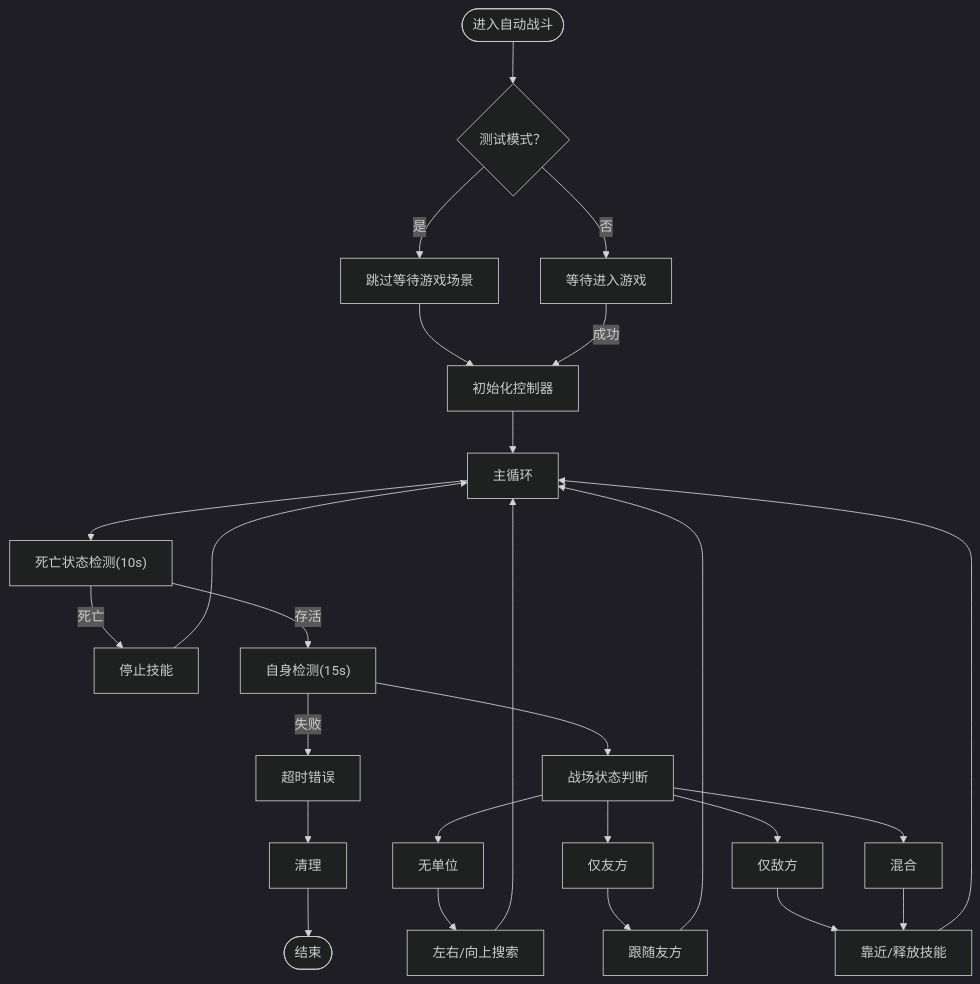
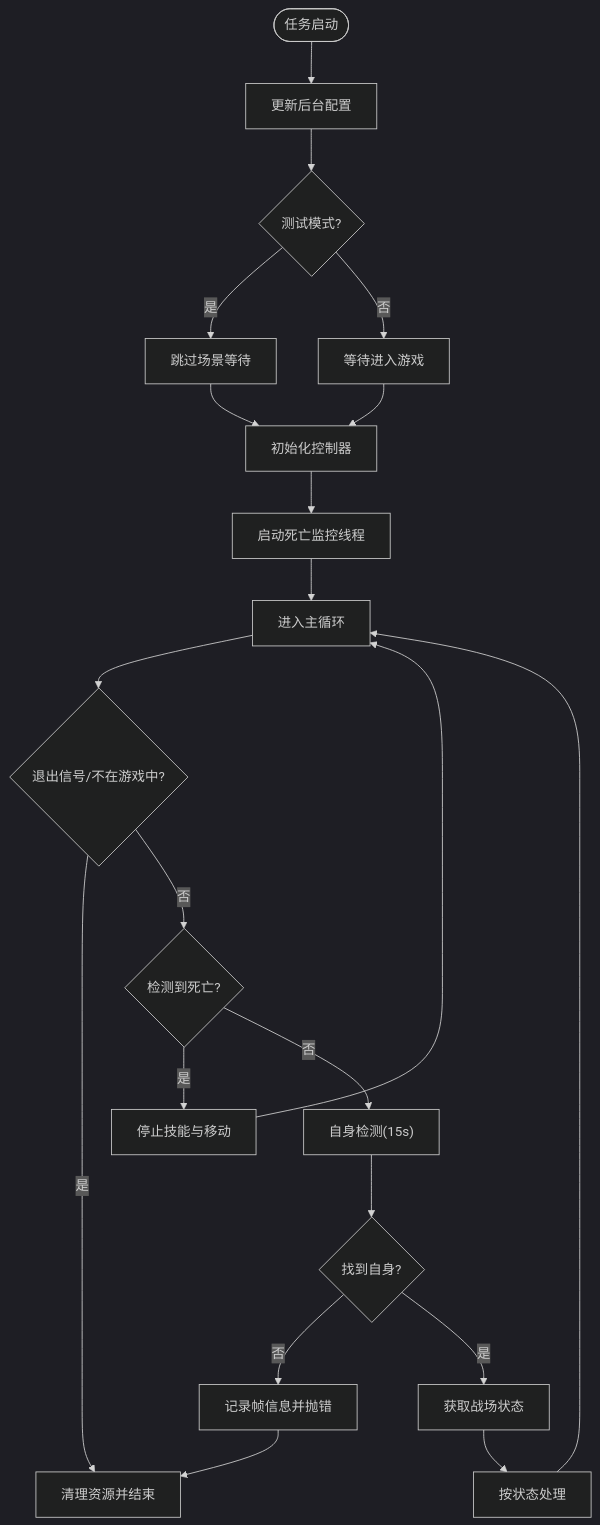
The fourth of 6 diagrams in .qoder/repowiki/zh/content/快速开始.md (xsy098-max/ok-jump), drawn with Mermaid (dark theme) before and after one commit. The commit also changed other lines of this file and 82 other files, not shown here.

First line of the commit message:
更新: 添加自动教程模块、清理截图文件、更新配置

````diff
--- a/.qoder/repowiki/zh/content/快速开始.md
+++ b/.qoder/repowiki/zh/content/快速开始.md
@@ -209,22 +184,21 @@
 ```mermaid
 flowchart TD
-Enter(["进入自动战斗"]) --> TestMode{"测试模式？"}
-TestMode --> |是| SkipWait["跳过等待游戏场景"]
-TestMode --> |否| WaitForGame["等待进入游戏"]
-SkipWait --> InitCtrls["初始化控制器"]
-WaitForGame --> |成功| InitCtrls
-InitCtrls --> Loop["主循环"]
-Loop --> DeathCheck["死亡状态检测(10s)"]
-DeathCheck --> |死亡| StopSkills["停止技能"] --> Loop
-DeathCheck --> |存活| SelfCheck["自身检测(15s)"]
-SelfCheck --> |失败| Error["超时错误"] --> Cleanup["清理"]
-SelfCheck --> State["战场状态判断"]
-State --> NoUnits["无单位"] --> Search["左右/向上搜索"]
-State --> AlliesOnly["仅友方"] --> Follow["跟随友方"]
-State --> EnemiesOnly["仅敌方"] --> Engage["靠近/释放技能"]
-State --> Mixed["混合"] --> Engage
-Search --> Loop
-Follow --> Loop
-Engage --> Loop
-Cleanup --> Exit(["结束"])
+Start(["任务启动"]) --> InitBG["更新后台配置"]
+InitBG --> TestMode{"测试模式?"}
+TestMode --> |是| SkipWait["跳过场景等待"]
+TestMode --> |否| WaitGame["等待进入游戏"]
+WaitGame --> InitCtrls["初始化控制器"]
+SkipWait --> InitCtrls
+InitCtrls --> DeathMon["启动死亡监控线程"]
+DeathMon --> Loop["进入主循环"]
+Loop --> Exit{"退出信号/不在游戏中?"}
+Exit --> |是| Cleanup["清理资源并结束"]
+Exit --> |否| CheckDeath{"检测到死亡?"}
+CheckDeath --> |是| StopAll["停止技能与移动"] --> Loop
+CheckDeath --> |否| DetectSelf["自身检测(15s)"]
+DetectSelf --> SelfOK{"找到自身?"}
+SelfOK --> |否| LogErr["记录帧信息并抛错"] --> Cleanup
+SelfOK --> |是| BattleState["获取战场状态"]
+BattleState --> HandleState["按状态处理"]
+HandleState --> Loop
 ```
````
